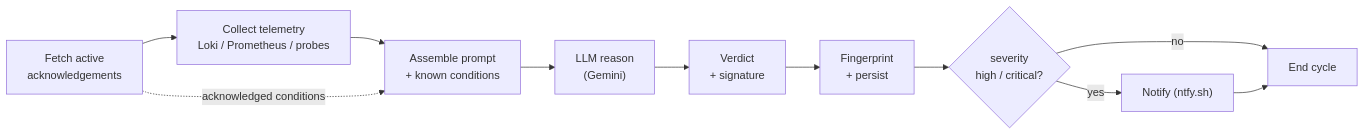
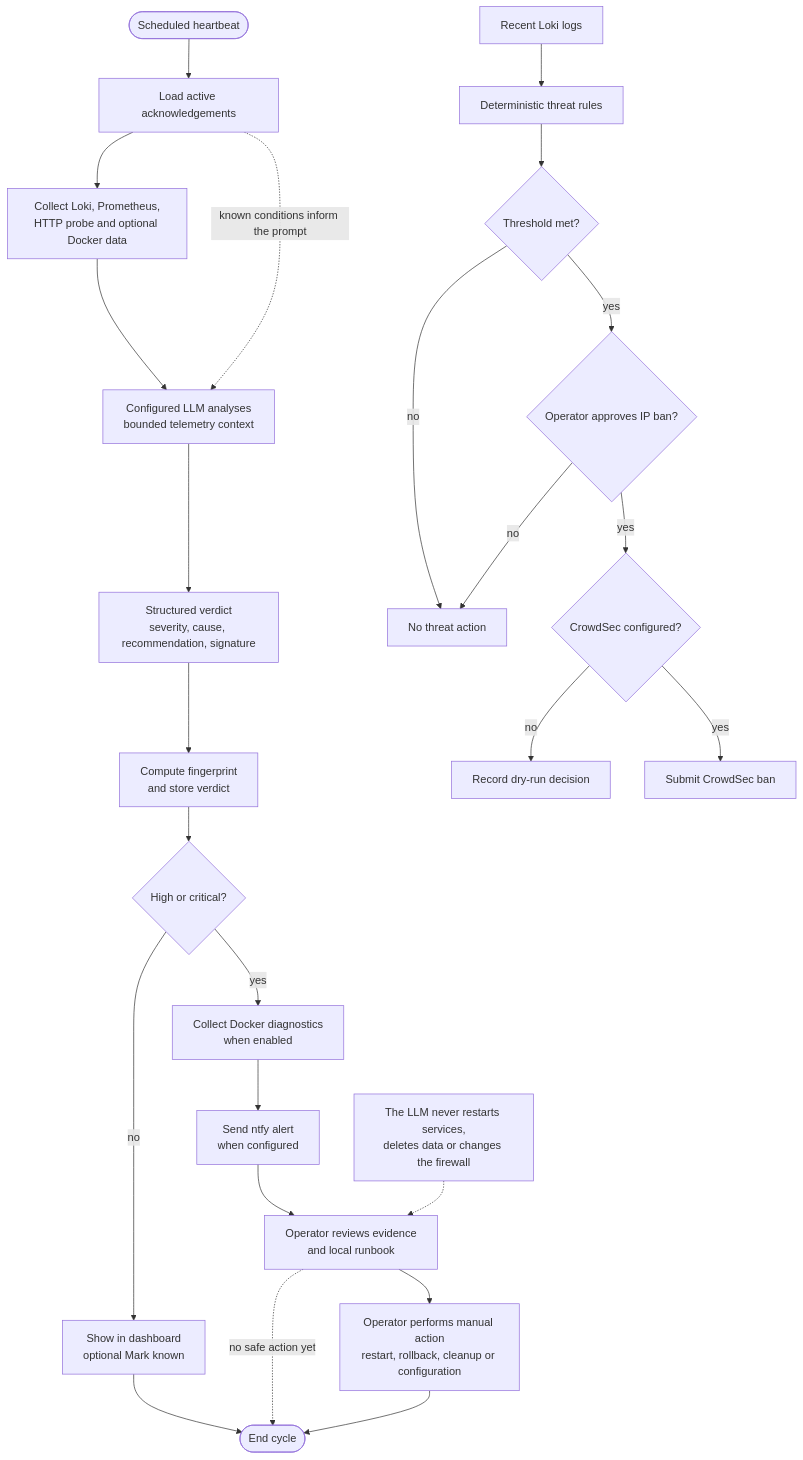
One commit to sagesta/infraguad_ai changed the diagram in docs/masters_project/figures/mermaid/fig_3_3_remediation_flow.mmd. Above: the diagram before and after it, drawn with Mermaid. The commit also changed 171 other files, not shown here.

```diff
--- a/docs/masters_project/figures/mermaid/fig_3_3_remediation_flow.mmd
+++ b/docs/masters_project/figures/mermaid/fig_3_3_remediation_flow.mmd
@@ -1,14 +1,36 @@
-%% Figure 3.3 — Heartbeat Verdict Pipeline (Collect, Analyse, Decide, Notify)
-%% Appears in: Chapter 3, Section 3.3.6 (Heartbeat Verdict Pipeline)
+%% Figure 3.3 — Heartbeat Pipeline and Remediation Boundary
+%% Appears in: Chapter 3, Heartbeat Verdict Pipeline
 %% Render to: ../fig_3_3_remediation_flow.png
-flowchart LR
-  A["Fetch active<br/>acknowledgements"] --> B["Collect telemetry<br/>Loki / Prometheus / probes"]
-  B --> C["Assemble prompt<br/>+ known conditions"]
-  C --> D["LLM reason<br/>(Gemini)"]
-  D --> E["Verdict<br/>+ signature"]
-  E --> F["Fingerprint<br/>+ persist"]
-  F --> G{"severity<br/>high / critical?"}
-  G -->|yes| H["Notify (ntfy.sh)"]
-  G -->|no| I["End cycle"]
-  H --> I
-  A -. acknowledged conditions .-> C
+flowchart TB
+  START(["Scheduled heartbeat"])
+  ACKS["Load active acknowledgements"]
+  COLLECT["Collect Loki, Prometheus,<br/>HTTP probe and optional Docker data"]
+  ANALYSE["Configured LLM analyses<br/>bounded telemetry context"]
+  VERDICT["Structured verdict<br/>severity, cause, recommendation, signature"]
+  STORE["Compute fingerprint<br/>and store verdict"]
+  SEV{"High or critical?"}
+  LOW["Show in dashboard<br/>optional Mark known"]
+  DIAG["Collect Docker diagnostics<br/>when enabled"]
+  ALERT["Send ntfy alert<br/>when configured"]
+  REVIEW["Operator reviews evidence<br/>and local runbook"]
+  MANUAL["Operator performs manual action<br/>restart, rollback, cleanup or configuration"]
+  END(["End cycle"])
+
+  START --> ACKS --> COLLECT --> ANALYSE --> VERDICT --> STORE --> SEV
+  ACKS -.->|"known conditions inform the prompt"| ANALYSE
+  SEV -->|"no"| LOW --> END
+  SEV -->|"yes"| DIAG --> ALERT --> REVIEW --> MANUAL
+  REVIEW -.->|"no safe action yet"| END
+  MANUAL --> END
+
+  LOKISCAN["Recent Loki logs"] --> RULES["Deterministic threat rules"]
+  RULES --> FOUND{"Threshold met?"}
+  FOUND -->|"no"| NOTHREAT["No threat action"]
+  FOUND -->|"yes"| APPROVE{"Operator approves IP ban?"}
+  APPROVE -->|"no"| NOTHREAT
+  APPROVE -->|"yes"| CS{"CrowdSec configured?"}
+  CS -->|"no"| DRY["Record dry-run decision"]
+  CS -->|"yes"| BAN["Submit CrowdSec ban"]
+
+  NOTE["The LLM never restarts services,<br/>deletes data or changes the firewall"]
+  NOTE -.-> REVIEW
```
